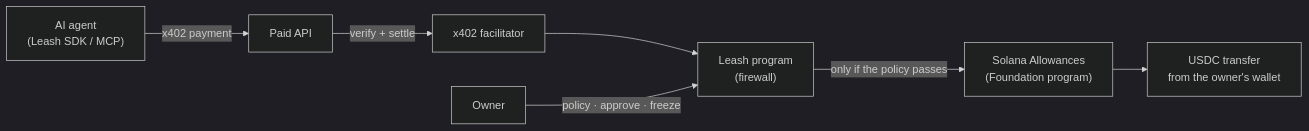
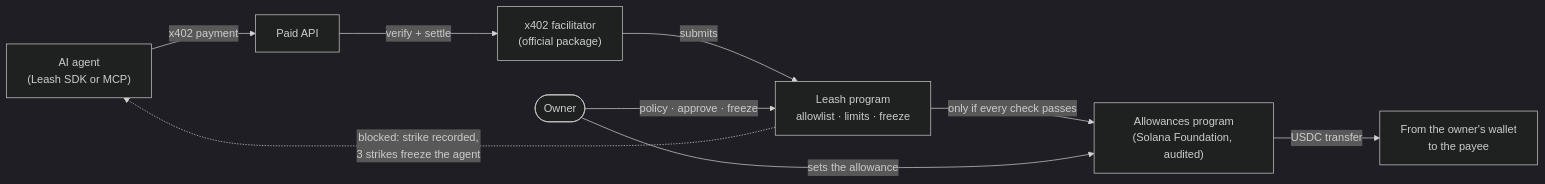
One commit to parthdeshmukh488-ops/hub changed the diagram in README.md. Above: the diagram before and after it, drawn with Mermaid (dark theme). The commit also changed other lines of this file and 7 other files, not shown here.

````diff
--- a/README.md
+++ b/README.md
@@ -26,9 +40,11 @@
 ```mermaid
 flowchart LR
-    Agent["AI agent<br/>(Leash SDK / MCP)"] -->|"x402 payment"| Merchant["Paid API"]
-    Merchant -->|"verify + settle"| Fac["x402 facilitator"]
-    Fac --> Leash["Leash program<br/>(firewall)"]
-    Leash -->|"only if the policy passes"| Allow["Solana Allowances<br/>(Foundation program)"]
-    Allow --> Token["USDC transfer<br/>from the owner's wallet"]
-    Owner["Owner"] -->|"policy · approve · freeze"| Leash
+    Agent["AI agent<br/>(Leash SDK or MCP)"] -->|"x402 payment"| Merchant["Paid API"]
+    Merchant -->|"verify + settle"| Fac["x402 facilitator<br/>(official package)"]
+    Fac -->|"submits"| Leash["Leash program<br/>allowlist · limits · freeze"]
+    Leash -->|"only if every check passes"| Allow["Allowances program<br/>(Solana Foundation, audited)"]
+    Allow -->|"USDC transfer"| Payee["From the owner's wallet<br/>to the payee"]
+    Leash -.->|"blocked: strike recorded,<br/>3 strikes freeze the agent"| Agent
+    Owner(["Owner"]) -->|"sets the allowance"| Allow
+    Owner -->|"policy · approve · freeze"| Leash
 ```
````
